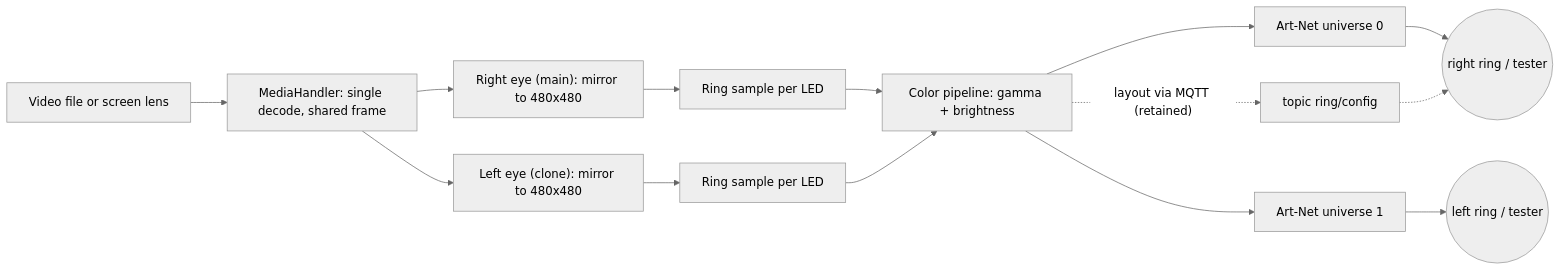
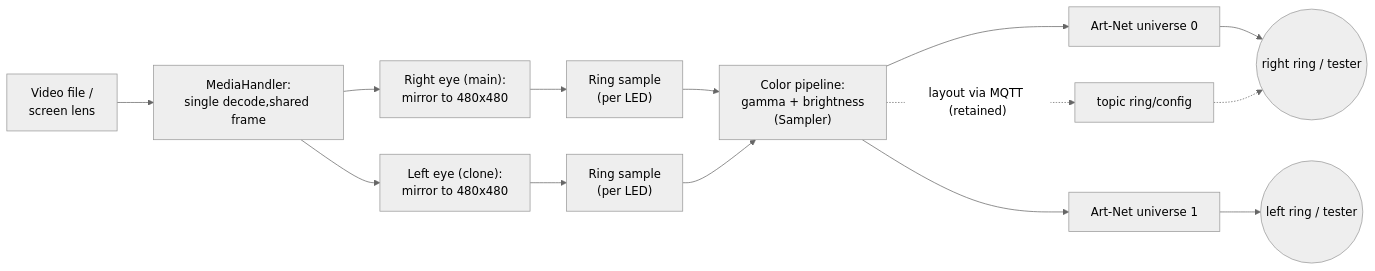
The diagram in README.md (dattazigzag/ring_eye_sim), drawn with Mermaid (neutral theme) before and after one commit. The commit also changed 1 other file, not shown here.

Commit message:
Updated mermaid diagram

````diff
--- a/README.md
+++ b/README.md
@@ -26,14 +26,14 @@
 ```mermaid
 flowchart LR
-    SRC["Video file or screen lens"] --> MH["MediaHandler: single decode, shared frame"]
-    MH --> R["Right eye (main): mirror to 480x480"]
-    MH --> L["Left eye (clone): mirror to 480x480"]
-    R --> RS["Ring sample per LED"]
-    L --> LS["Ring sample per LED"]
-    RS --> CP["Color pipeline: gamma + brightness"]
+    SRC["Video file / <br>screen lens"] --> MH["MediaHandler:<br>single decode,shared frame"]
+    MH --> R["Right eye (main):<br>mirror to 480x480"]
+    MH --> L["Left eye (clone):<br>mirror to 480x480"]
+    R --> RS["Ring sample<br>(per LED)"]
+    L --> LS["Ring sample<br>(per LED)"]
+    RS --> CP["Color pipeline:<br>gamma + brightness<br>(Sampler)"]
     LS --> CP
     CP --> D0["Art-Net universe 0"] --> RX(("right ring / tester"))
     CP --> D1["Art-Net universe 1"] --> LX(("left ring / tester"))
     CP -. "layout via MQTT (retained)" .-> MQ["topic ring/config"]
     MQ -.-> RX
 ```
````
